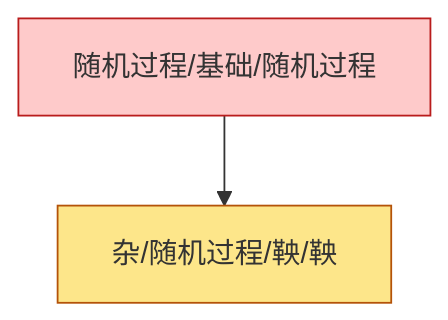
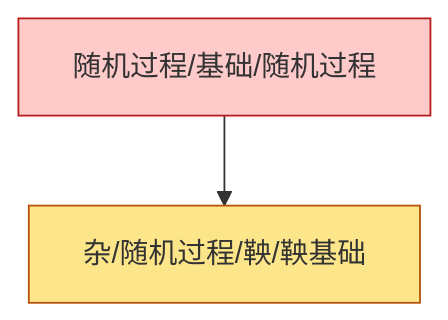
One commit to zeroDtree/zeroDtree.github.io changed the diagram in content/杂/随机过程/鞅/dependency_graph.md. Above: the diagram before and after it, drawn with Mermaid. The commit also changed 14 other files, not shown here.

Commit message:
Refactor dependency graphs in the "随机过程" section to replace "流匹配" with "流匹配基础". Updated references across multiple files to ensure consistency and clarity in the documentation. Introduced new files for "流匹配基础" and "鞅基础" to enhance the structure and accessibility of related concepts.

````diff
--- a/content/杂/随机过程/鞅/dependency_graph.md
+++ b/content/杂/随机过程/鞅/dependency_graph.md
@@ -1,11 +1,11 @@
 ```mermaid
 %%{init: {'flowchart': {'curve': 'stepAfter'}}}%%
 graph TD
-1["随机过程/基础/随机过程"] --> 0["杂/随机过程/鞅/鞅"]
+1["随机过程/基础/随机过程"] --> 0["杂/随机过程/鞅/鞅基础"]
 classDef leaf fill:#fde68a,stroke:#b45309
 class 0 leaf
 classDef externalRoot fill:#fecaca,stroke:#b91c1c
 class 1 externalRoot
-click 0 "/杂/随机过程/鞅/鞅" "杂/随机过程/鞅/鞅"
+click 0 "/杂/随机过程/鞅/鞅基础" "杂/随机过程/鞅/鞅基础"
 click 1 "/随机过程/基础/随机过程" "随机过程/基础/随机过程"
 ```
````
